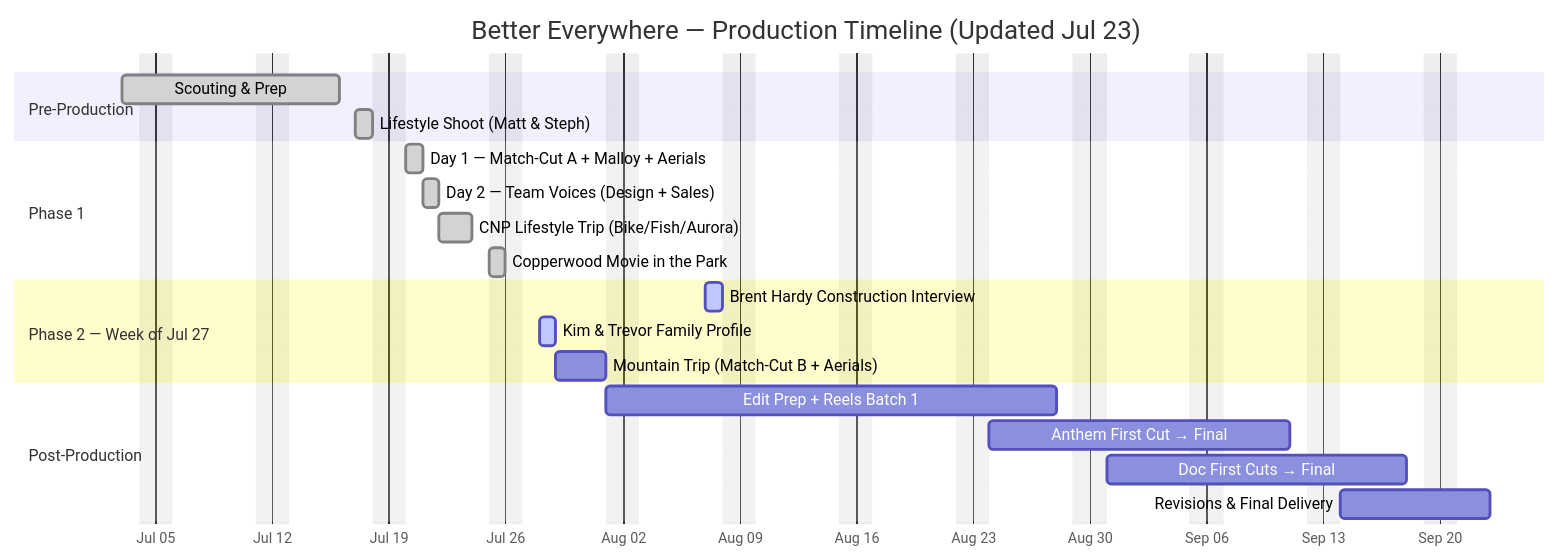
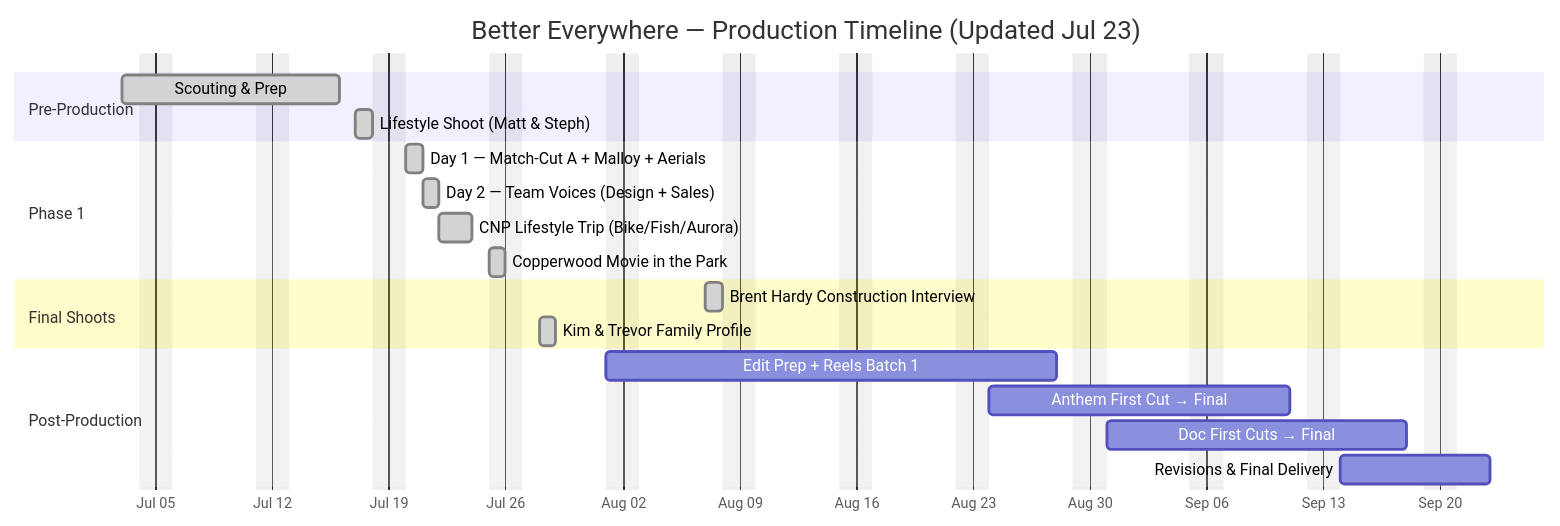
Before and after one commit to mwarf/coalbanks-portal: the diagram in src/content/portal/stranville-living/production-plan.mdx, drawn with Mermaid. The commit also changed other lines of this file and 9 other files, not shown here.

````diff
--- a/src/content/portal/stranville-living/production-plan.mdx
+++ b/src/content/portal/stranville-living/production-plan.mdx
@@ -62,29 +61,28 @@
 ```mermaid
 gantt
 title Better Everywhere — Production Timeline (Updated Jul 23)
 dateFormat YYYY-MM-DD
 axisFormat %b %d
 tickInterval 1week
 excludes weekends
 
 section Pre-Production
 Scouting & Prep           :done, scout, 2026-07-03, 2026-07-16
 Lifestyle Shoot (Matt & Steph) :done, lifestyle, 2026-07-17, 1d
 
 section Phase 1
 Day 1 — Match-Cut A + Malloy + Aerials :done, day1, 2026-07-20, 1d
 Day 2 — Team Voices (Design + Sales)  :done, day2, 2026-07-21, 1d
 CNP Lifestyle Trip (Bike/Fish/Aurora) :done, day3, 2026-07-22, 2d
 Copperwood Movie in the Park          :done, evt, 2026-07-25, 1d
 
-section Phase 2 — Week of Jul 27
-Brent Hardy Construction Interview   :active, brent, 2026-08-07, 1d
-Kim & Trevor Family Profile          :active, family, 2026-07-28, 1d
-Mountain Trip (Match-Cut B + Aerials) :mtn, 2026-07-29, 3d
+section Final Shoots
+Brent Hardy Construction Interview   :done, brent, 2026-08-07, 1d
+Kim & Trevor Family Profile          :done, family, 2026-07-28, 1d
 
 section Post-Production
 Edit Prep + Reels Batch 1  :post1, 2026-08-01, 20d
 Anthem First Cut → Final   :post2, 2026-08-24, 14d
 Doc First Cuts → Final     :post3, 2026-08-31, 14d
 Revisions & Final Delivery :post4, 2026-09-14, 7d
 ```
````
